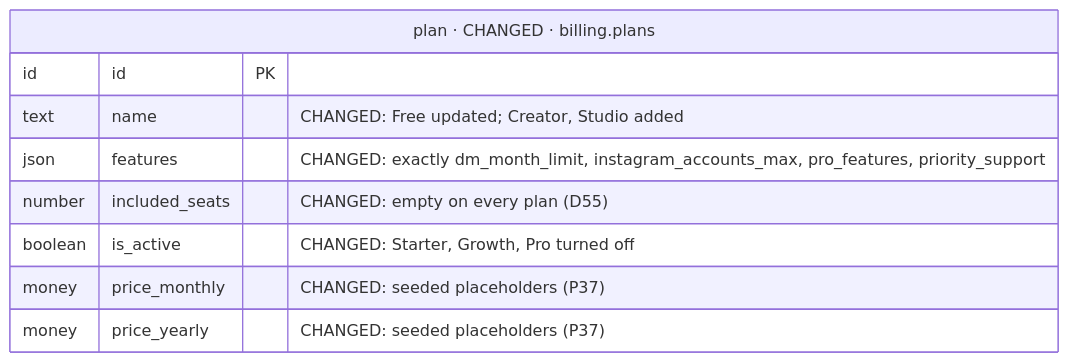
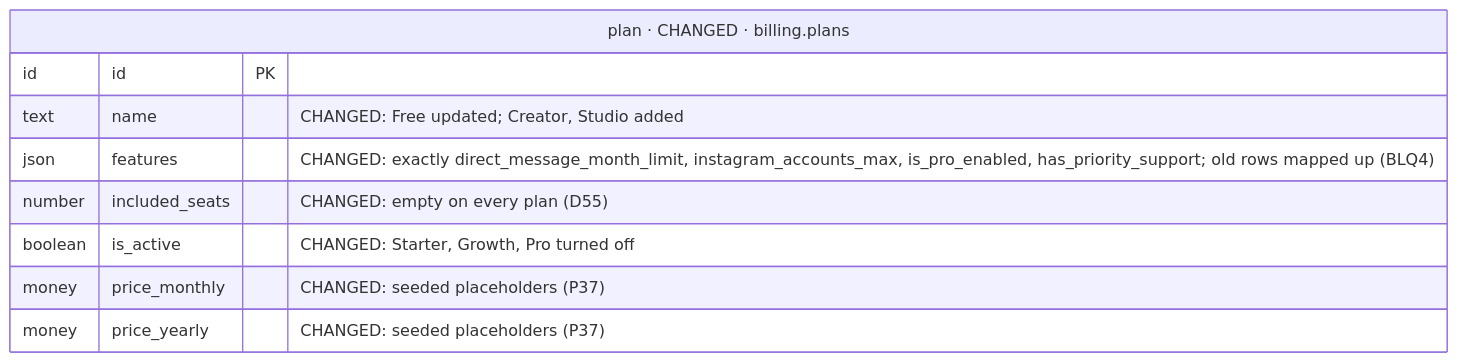
One commit to albetrios/meepzo-be changed diagram 31 of 39 in iterations/feat-instagram-dm-sending-2026-11-23-oxak/plans/db-changes.md. Above: the diagram before and after it, drawn with Mermaid. The commit also changed other lines of this file and 2 other files, not shown here.

````diff
--- a/iterations/feat-instagram-dm-sending-2026-11-23-oxak/plans/db-changes.md
+++ b/iterations/feat-instagram-dm-sending-2026-11-23-oxak/plans/db-changes.md
@@ -1361,12 +1405,12 @@
 ```mermaid
 erDiagram
   plan["plan · CHANGED · billing.plans"] {
     id id PK
     text name "CHANGED: Free updated; Creator, Studio added"
-    json features "CHANGED: exactly dm_month_limit, instagram_accounts_max, pro_features, priority_support"
+    json features "CHANGED: exactly direct_message_month_limit, instagram_accounts_max, is_pro_enabled, has_priority_support; old rows mapped up (BLQ4)"
     number included_seats "CHANGED: empty on every plan (D55)"
     boolean is_active "CHANGED: Starter, Growth, Pro turned off"
     money price_monthly "CHANGED: seeded placeholders (P37)"
     money price_yearly "CHANGED: seeded placeholders (P37)"
   }
 ```
````
